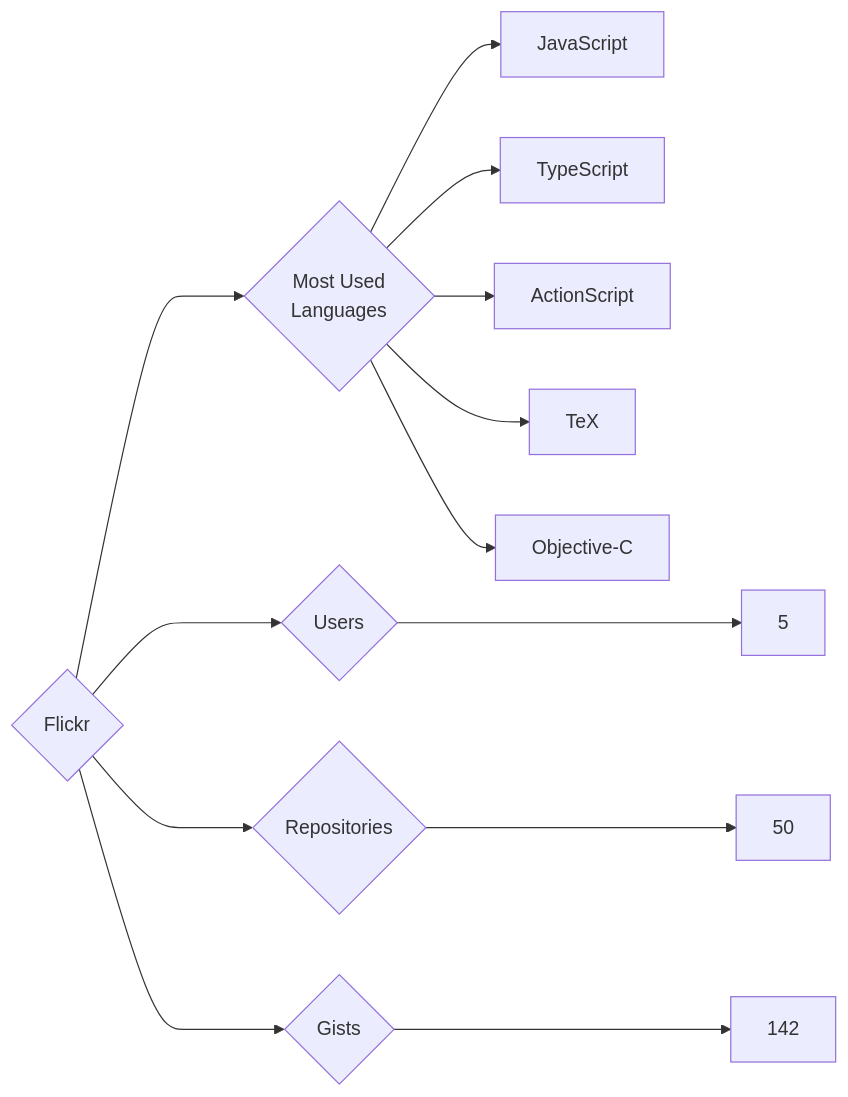
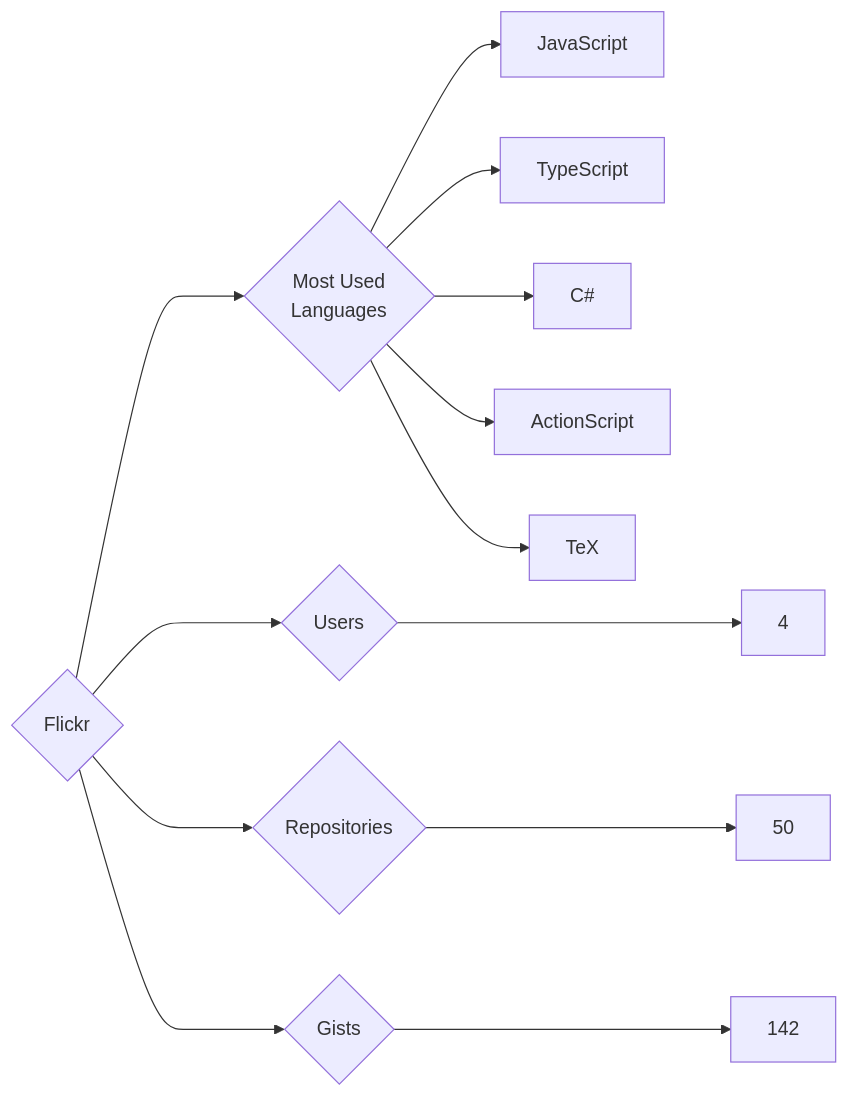
One commit to trickest/insiders changed the diagram in targets/Flickr/README.md. Above: the diagram before and after it, drawn with Mermaid. The commit also changed 985 other files, not shown here.

````diff
--- a/targets/Flickr/README.md
+++ b/targets/Flickr/README.md
@@ -3,13 +3,13 @@
 ```mermaid
 graph LR
 COMPANY_NAME{Flickr}
-COMPANY_NAME ---> U{Users} ---> UN[5]
+COMPANY_NAME ---> U{Users} ---> UN[4]
 COMPANY_NAME ---> R{Repositories} ---> RN[50]
 COMPANY_NAME ---> G{Gists} ---> GN[142]
 COMPANY_NAME ---> ML{Most Used<br>Languages}
 ML --> JavaScript[JavaScript]
 ML --> TypeScript[TypeScript]
+ML --> C#[C#]
 ML --> ActionScript[ActionScript]
 ML --> TeX[TeX]
-ML --> Objective-C[Objective-C]
 ```
````
